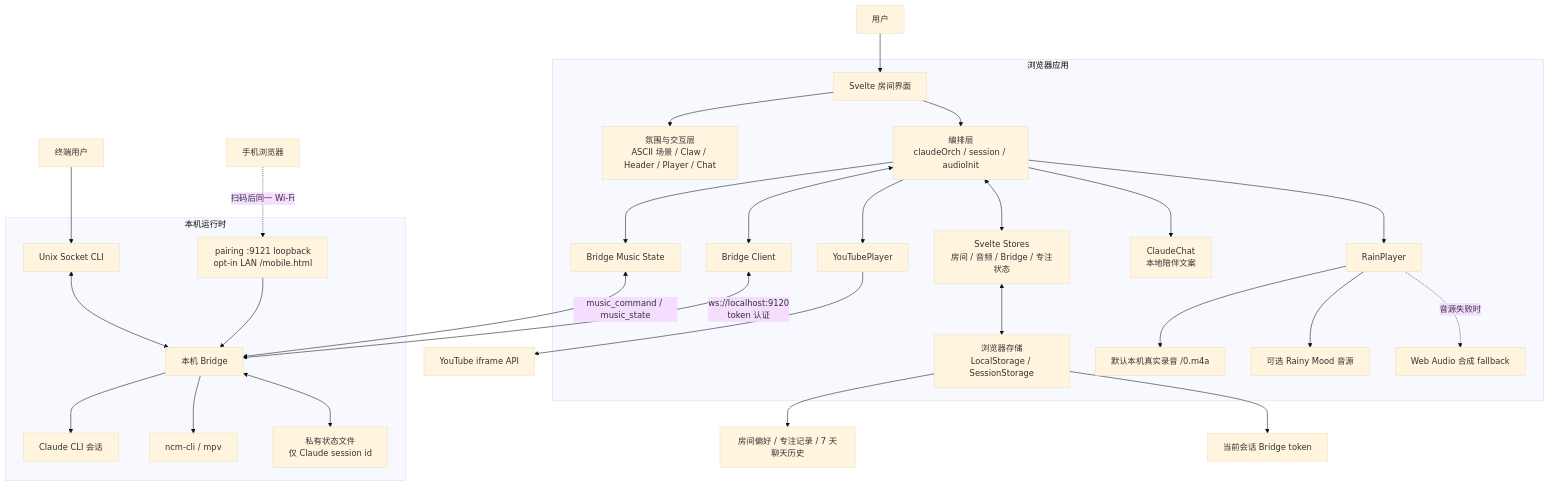
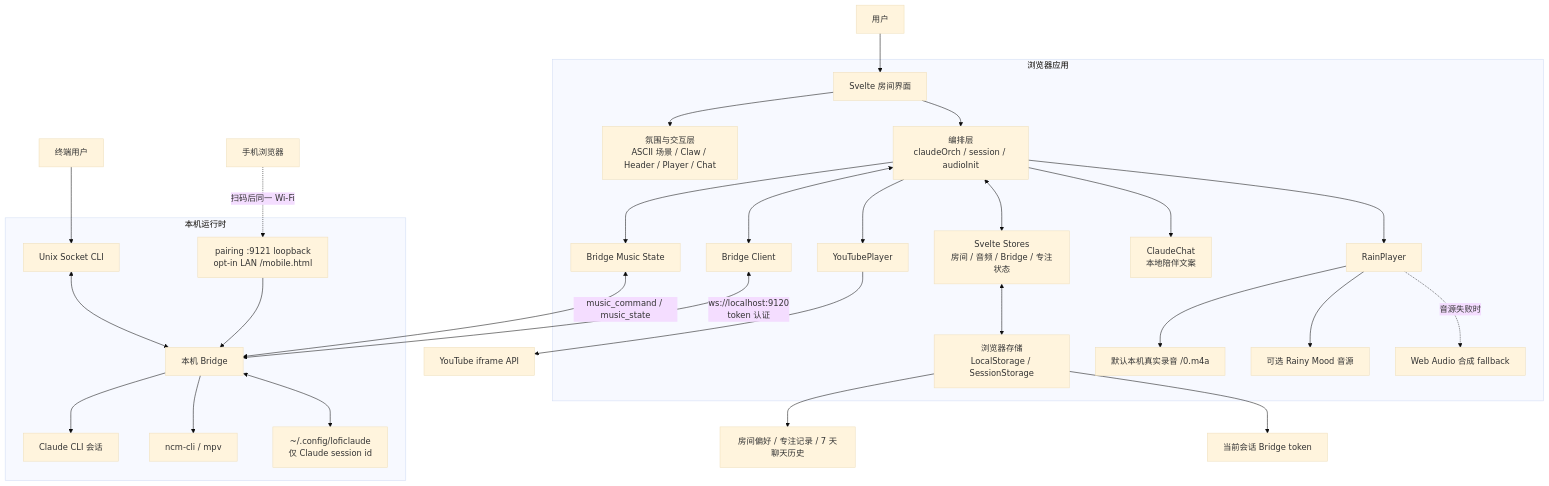
One commit to Eliotcute/loficlaude changed the diagram in docs/ARCHITECTURE.md. Above: the diagram before and after it, drawn with Mermaid (base theme). The commit also changed other lines of this file and 19 other files, not shown here.

First line of the commit message:
perf: smooth streaming and share the Bridge session with the terminal

````diff
--- a/docs/ARCHITECTURE.md
+++ b/docs/ARCHITECTURE.md
@@ -3,38 +3,38 @@
 ```mermaid
 flowchart TB
     User["用户"] --> Room["Svelte 房间界面"]
     Terminal["终端用户"] --> Socket["Unix Socket CLI"]
 
     subgraph Browser["浏览器应用"]
         Room --> View["氛围与交互层<br/>ASCII 场景 / Claw / Header / Player / Chat"]
         Room --> Orch["编排层<br/>claudeOrch / session / audioInit"]
         Orch <--> Stores["Svelte Stores<br/>房间 / 音频 / Bridge / 专注状态"]
         Stores <--> Persist["浏览器存储<br/>LocalStorage / SessionStorage"]
 
         Orch --> Music["YouTubePlayer"]
         Orch --> LocalMusic["Bridge Music State"]
         Orch --> Rain["RainPlayer"]
         Rain --> LocalRain["默认本机真实录音 /0.m4a"]
         Rain --> RemoteRain["可选 Rainy Mood 音源"]
         Rain -. "音源失败时" .-> Fallback["Web Audio 合成 fallback"]
 
         Orch --> Companion["ClaudeChat<br/>本地陪伴文案"]
         Orch <--> Client["Bridge Client"]
     end
 
     Music --> YouTube["YouTube iframe API"]
     LocalMusic <-->|"music_command / music_state"| Bridge
     Client <-->|"ws://localhost:9120<br/>token 认证"| Bridge["本机 Bridge"]
 
     subgraph LocalRuntime["本机运行时"]
         Bridge --> ClaudeSession["Claude CLI 会话"]
         Bridge --> Netease["ncm-cli / mpv"]
-        Bridge <--> SessionState["私有状态文件<br/>仅 Claude session id"]
+        Bridge <--> SessionState["~/.config/loficlaude<br/>仅 Claude session id"]
         Socket <--> Bridge
         Pairing["pairing :9121 loopback<br/>opt-in LAN /mobile.html"] --> Bridge
     end
     Phone["手机浏览器"] -.->|"扫码后同一 Wi-Fi"| Pairing
 
     Persist --> LocalData["房间偏好 / 专注记录 / 7 天聊天历史"]
     Persist --> SessionToken["当前会话 Bridge token"]
 ```
````
